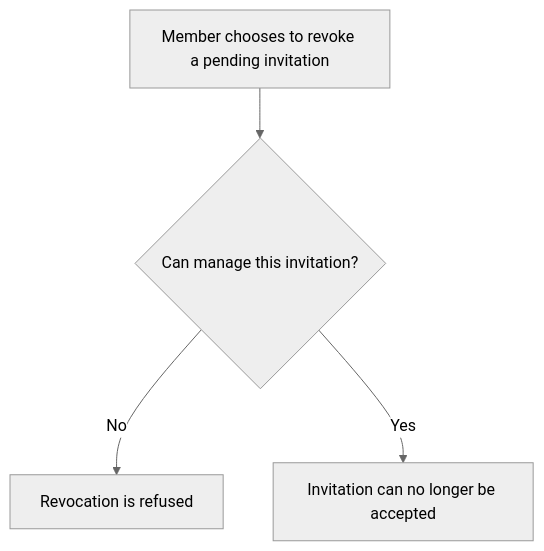
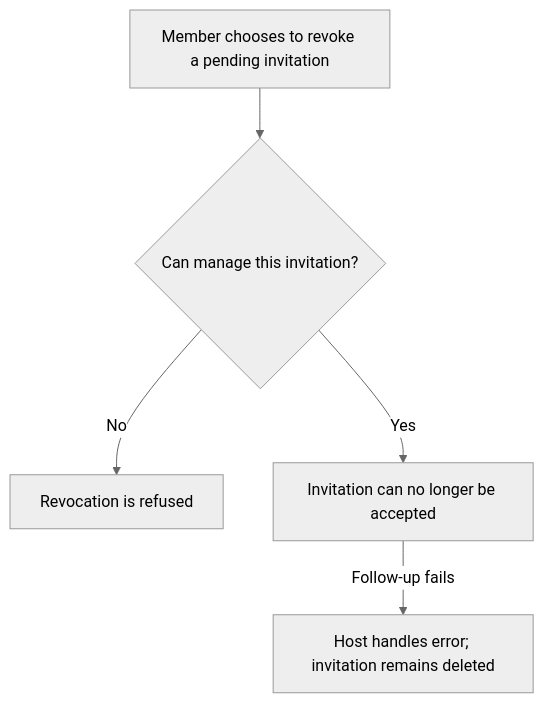
One commit to Kevinjohn/oss-adonisjs-access-control changed the first of 2 diagrams in user-stories/US-ACCESS-24-revoke-invitation.md. Above: the diagram before and after it, drawn with Mermaid (neutral theme). The commit also changed other lines of this file and 18 other files, not shown here.

Commit message:
Reconcile access control story flows

````diff
--- a/user-stories/US-ACCESS-24-revoke-invitation.md
+++ b/user-stories/US-ACCESS-24-revoke-invitation.md
@@ -21,6 +21,7 @@
 ```mermaid
 flowchart TD
     A["Member chooses to revoke a pending invitation"] --> B{"Can manage this invitation?"}
     B -->|No| C["Revocation is refused"]
     B -->|Yes| D["Invitation can no longer be accepted"]
+    D -->|Follow-up fails| E["Host handles error; invitation remains deleted"]
 ```
````
